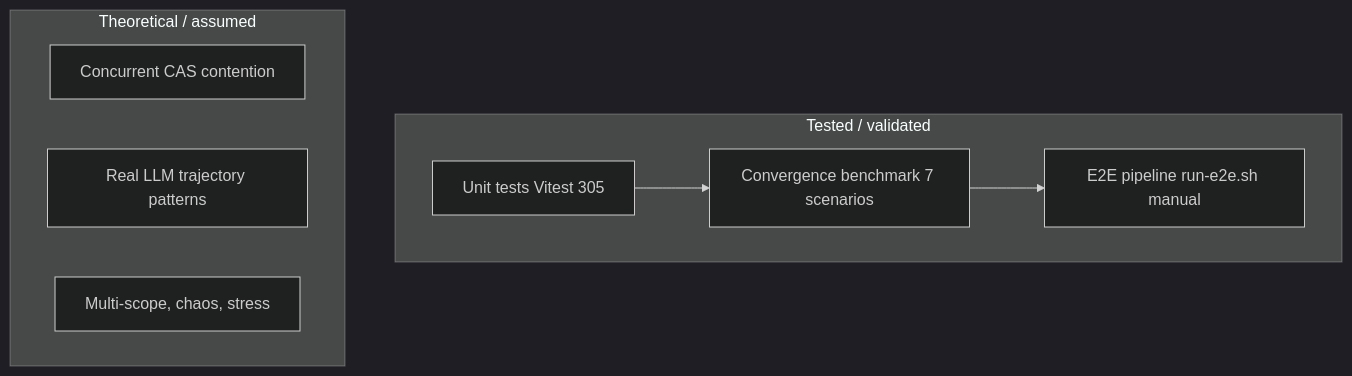
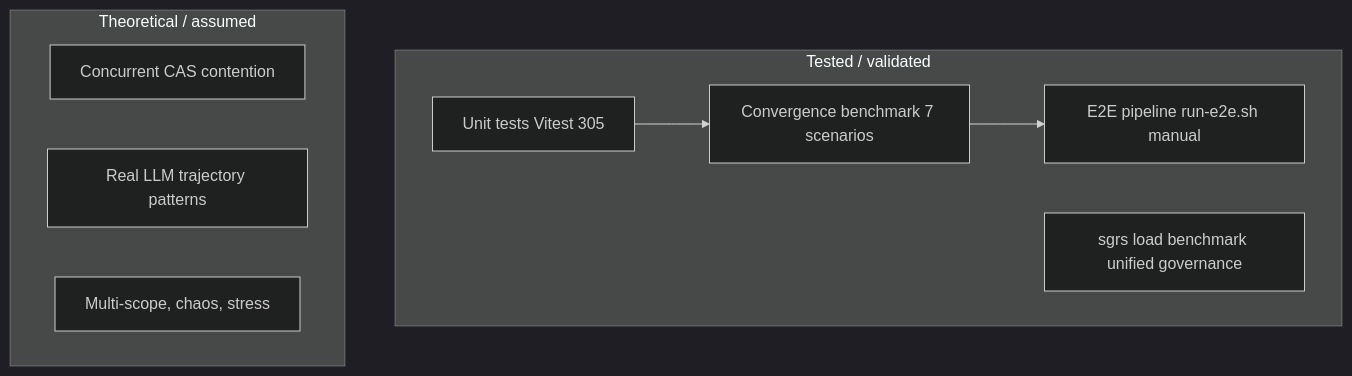
The diagram in docs/validation.md (DealExMachina/open-governed-swarm-of-agents), drawn with Mermaid (dark theme) before and after one commit. The commit also changed other lines of this file and 23 other files, not shown here.

````diff
--- a/docs/validation.md
+++ b/docs/validation.md
@@ -14,15 +14,16 @@
 ```mermaid
 flowchart TB
   subgraph tested["Tested / validated"]
     U[Unit tests Vitest 305]
     BENCH[Convergence benchmark 7 scenarios]
+    SGRS[sgrs load benchmark unified governance]
     E2E[E2E pipeline run-e2e.sh manual]
   end
   subgraph theoretical["Theoretical / assumed"]
     T1[Concurrent CAS contention]
     T2[Real LLM trajectory patterns]
     T3[Multi-scope, chaos, stress]
   end
   U --> BENCH
   BENCH --> E2E
 ```
````
